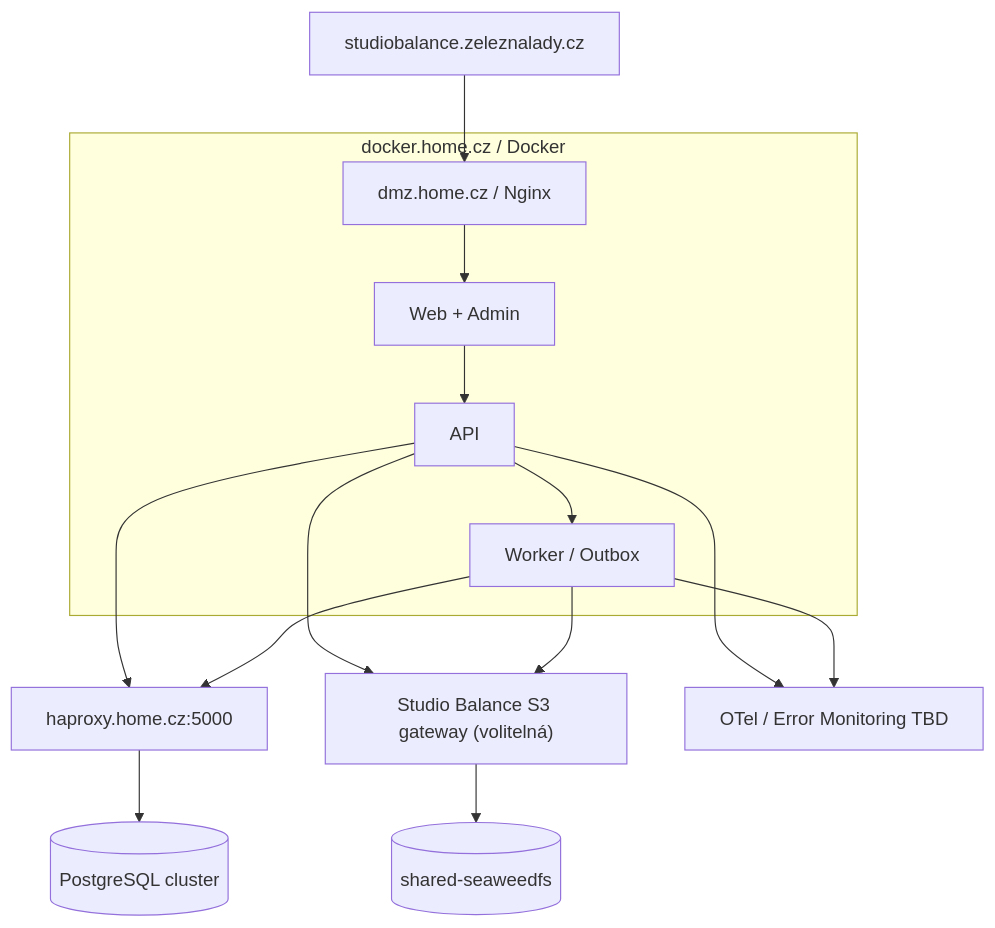
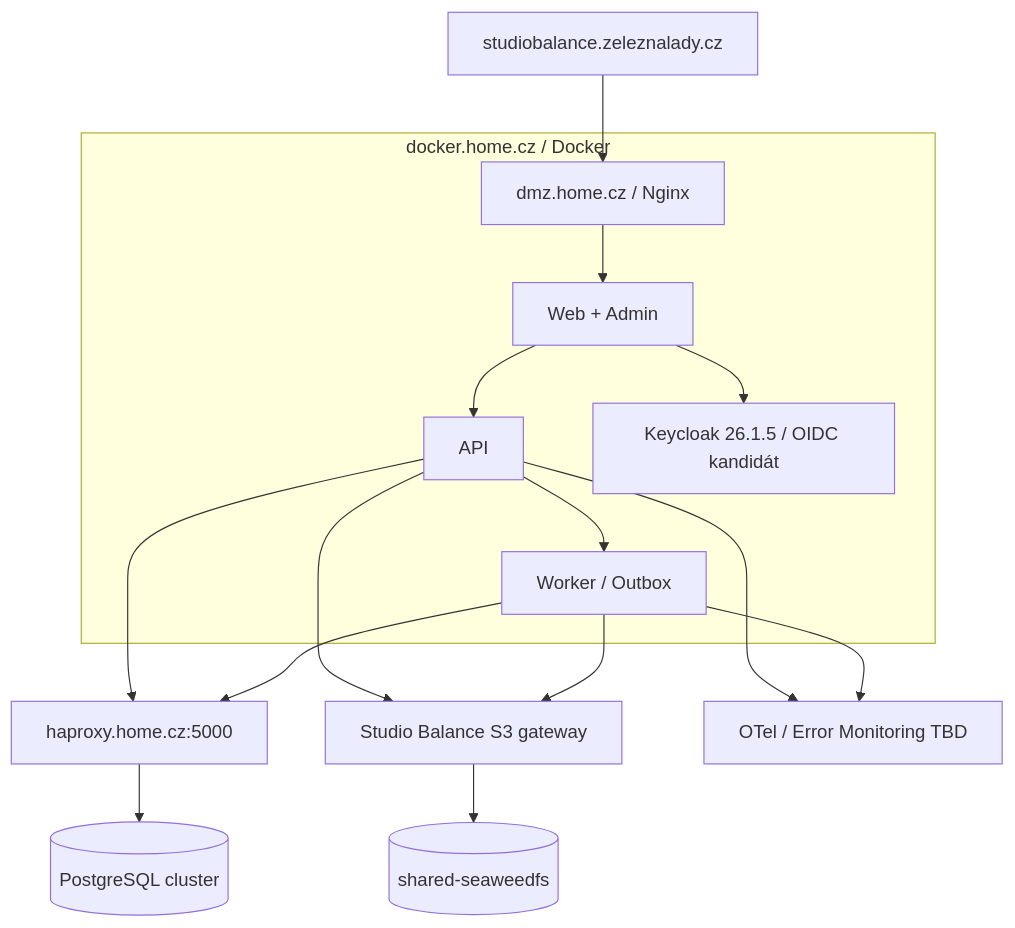
The sixth of 6 diagrams in docs/architecture.md (voldzi/Studio-Balance), drawn with Mermaid before and after one commit. The commit also changed other lines of this file and 23 other files, not shown here.

````diff
--- a/docs/architecture.md
+++ b/docs/architecture.md
@@ -231,17 +232,18 @@
 ```mermaid
 flowchart TB
   internet["studiobalance.zeleznalady.cz"] --> dmz["dmz.home.cz / Nginx"]
   subgraph dockerhost["docker.home.cz / Docker"]
     dmz --> webdeploy[Web + Admin]
     webdeploy --> apideploy[API]
     apideploy --> workerdeploy[Worker / Outbox]
+    webdeploy --> keycloak["Keycloak 26.1.5 / OIDC kandidát"]
   end
   apideploy --> dbproxy["haproxy.home.cz:5000"]
   workerdeploy --> dbproxy
   dbproxy --> proddb[(PostgreSQL cluster)]
-  apideploy --> s3gateway["Studio Balance S3 gateway (volitelná)"]
+  apideploy --> s3gateway["Studio Balance S3 gateway"]
   workerdeploy --> s3gateway
   s3gateway --> seaweed[(shared-seaweedfs)]
   apideploy --> otel[OTel / Error Monitoring TBD]
   workerdeploy --> otel
 ```
````
